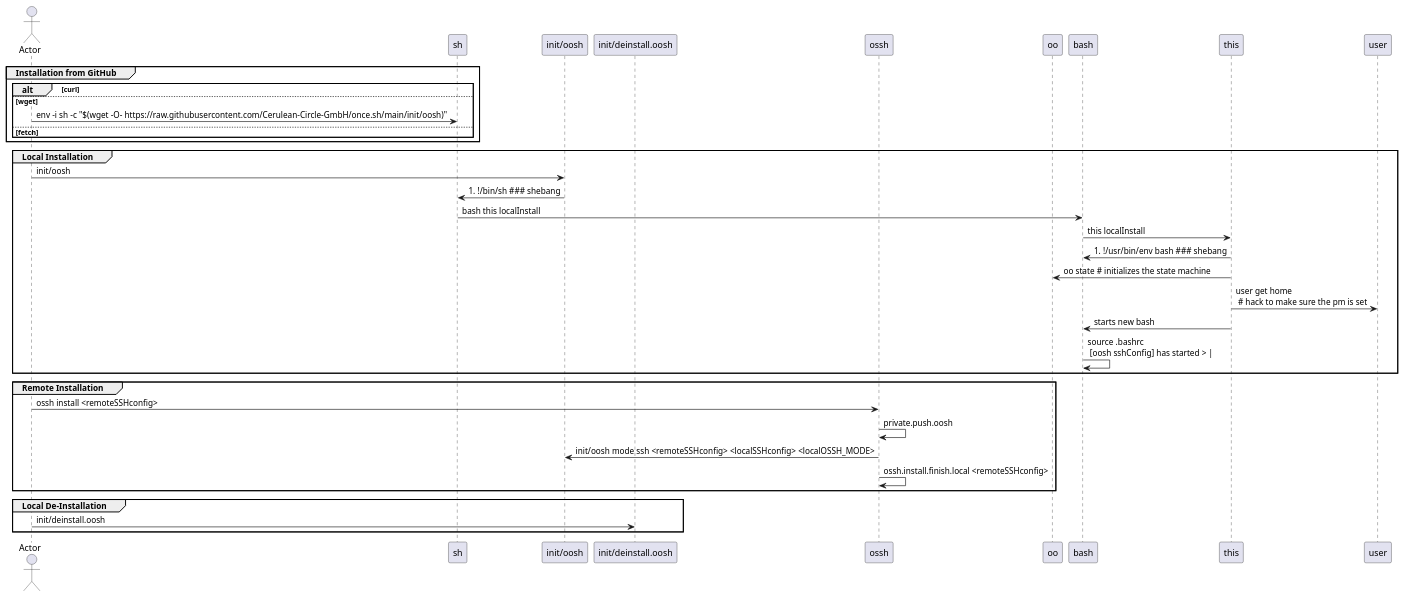
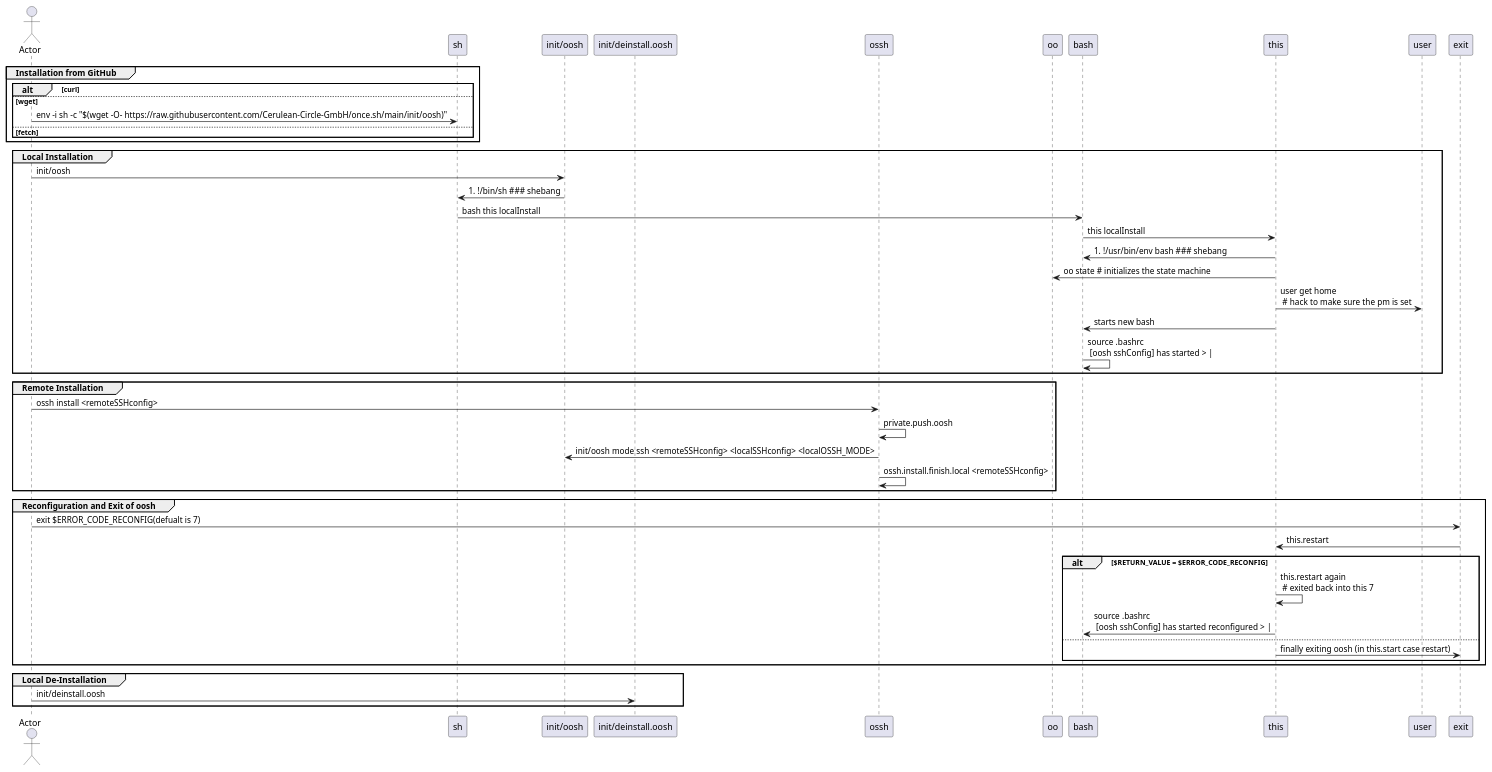
The diagram in docs/puml/bootsratp.sequence.puml (Cerulean-Circle-GmbH/once.sh), drawn with PlantUML before and after one commit.

Commit message:
updated pum doc

```diff
--- a/docs/puml/bootsratp.sequence.puml
+++ b/docs/puml/bootsratp.sequence.puml
@@ -1,40 +1,50 @@
 @startuml
 actor Actor as a
 participant sh
 participant "init/oosh" as oosh 
 participant "init/deinstall.oosh" as deinstall.oosh 
 participant ossh
 participant oo
 participant bash
 participant this
 
 group Installation from GitHub
     alt curl
     else wget
         a -> sh: env -i sh -c "$(wget -O- https://raw.githubusercontent.com/Cerulean-Circle-GmbH/once.sh/main/init/oosh)"
     else fetch
     end
 end
 group Local Installation
     a -> oosh: init/oosh
     oosh -> sh: #!/bin/sh ### shebang
     sh -> bash: bash this localInstall
     bash -> this: this localInstall
     this -> bash: #!/usr/bin/env bash ### shebang
     this -> oo: oo state # initializes the state machine
     this -> user: user get home \n # hack to make sure the pm is set
     this -> bash: starts new bash
     bash -> bash: source .bashrc \n [oosh sshConfig] has started > |
 end
 group Remote Installation
 
     a -> ossh: ossh install <remoteSSHconfig> 
 
     ossh -> ossh: private.push.oosh
     ossh -> oosh: init/oosh mode ssh <remoteSSHconfig> <localSSHconfig> <localOSSH_MODE>
     ossh -> ossh: ossh.install.finish.local <remoteSSHconfig>
 end
+group Reconfiguration and Exit of oosh
+    a -> exit: exit $ERROR_CODE_RECONFIG(defualt is 7)
+    exit -> this: this.restart
+    alt $RETURN_VALUE = $ERROR_CODE_RECONFIG
+        this -> this: this.restart again \n # exited back into this 7
+        this -> bash: source .bashrc \n [oosh sshConfig] has started reconfigured > |
+    else
+        this -> exit: finally exiting oosh (in this.start case restart)
+    end
+end
 group Local De-Installation
     a -> deinstall.oosh: init/deinstall.oosh
 end
 @enduml
```
